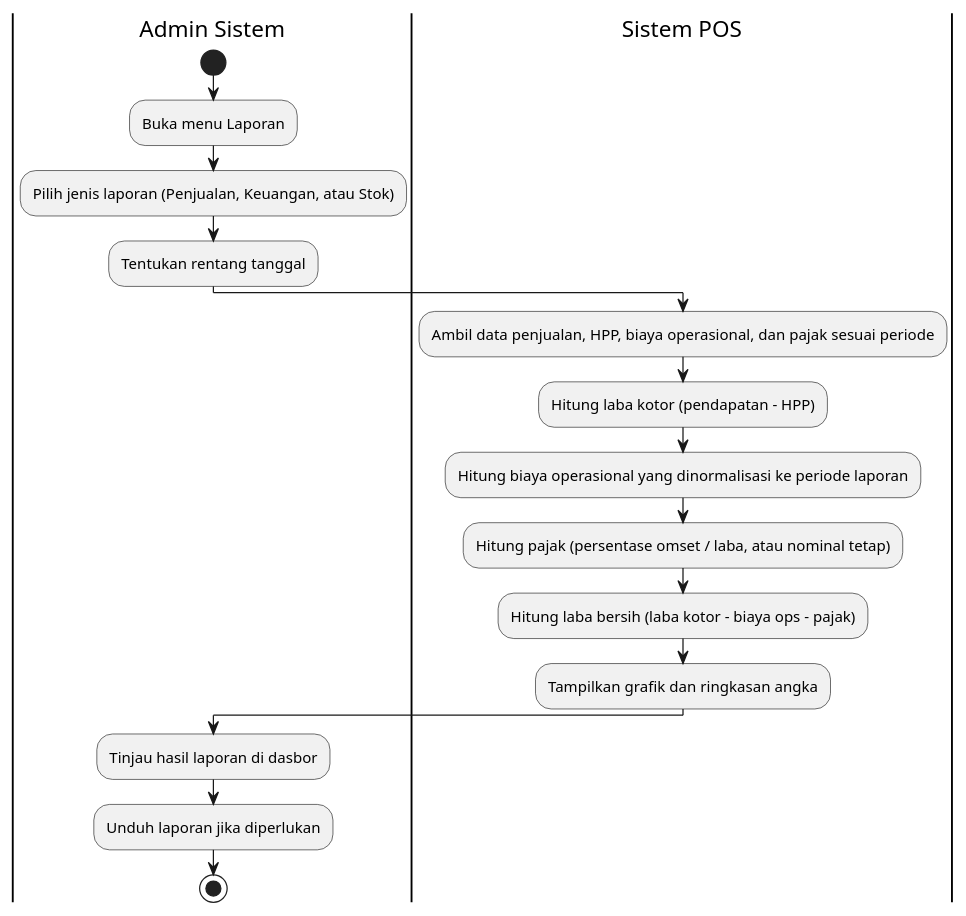
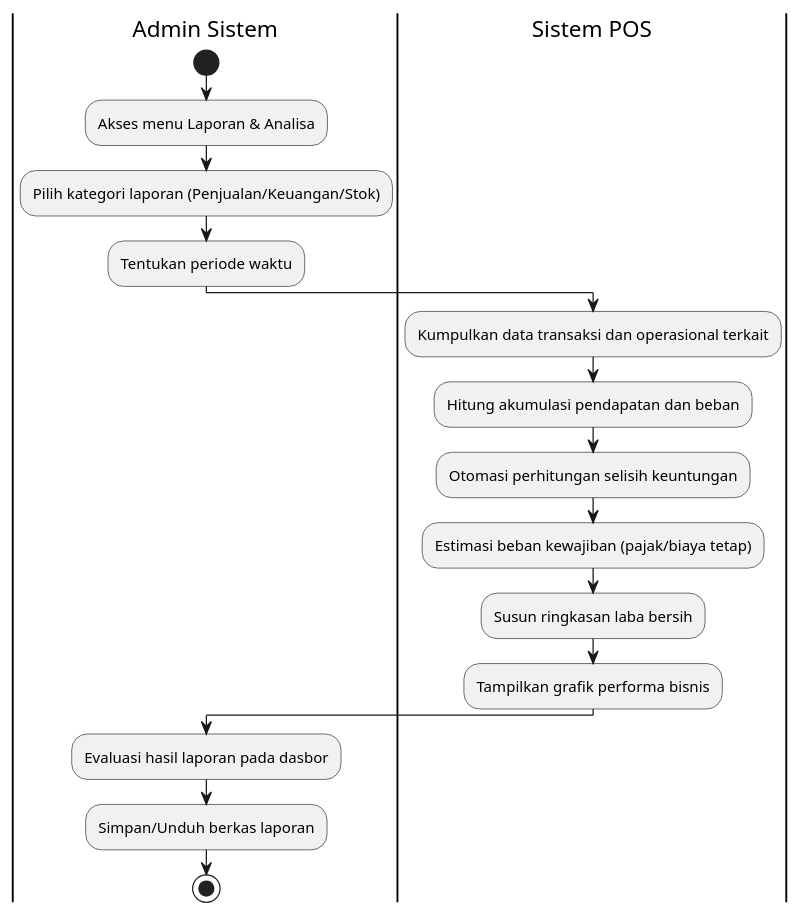
One commit to Aditiarzky/pos-app changed the diagram in docs/uml-activity-operations.puml. Above: the diagram before and after it, drawn with PlantUML. The commit also changed 21 other files, not shown here.

```diff
--- a/docs/uml-activity-operations.puml
+++ b/docs/uml-activity-operations.puml
@@ -1,20 +1,20 @@
 @startuml
 |Admin Sistem|
 start
-:Buka menu Laporan;
-:Pilih jenis laporan (Penjualan, Keuangan, atau Stok);
-:Tentukan rentang tanggal;
+:Akses menu Laporan & Analisa;
+:Pilih kategori laporan (Penjualan/Keuangan/Stok);
+:Tentukan periode waktu;
 
 |Sistem POS|
-:Ambil data penjualan, HPP, biaya operasional, dan pajak sesuai periode;
-:Hitung laba kotor (pendapatan - HPP);
-:Hitung biaya operasional yang dinormalisasi ke periode laporan;
-:Hitung pajak (persentase omset / laba, atau nominal tetap);
-:Hitung laba bersih (laba kotor - biaya ops - pajak);
-:Tampilkan grafik dan ringkasan angka;
+:Kumpulkan data transaksi dan operasional terkait;
+:Hitung akumulasi pendapatan dan beban;
+:Otomasi perhitungan selisih keuntungan;
+:Estimasi beban kewajiban (pajak/biaya tetap);
+:Susun ringkasan laba bersih;
+:Tampilkan grafik performa bisnis;
 
 |Admin Sistem|
-:Tinjau hasil laporan di dasbor;
-:Unduh laporan jika diperlukan;
+:Evaluasi hasil laporan pada dasbor;
+:Simpan/Unduh berkas laporan;
 stop
 @enduml
```
